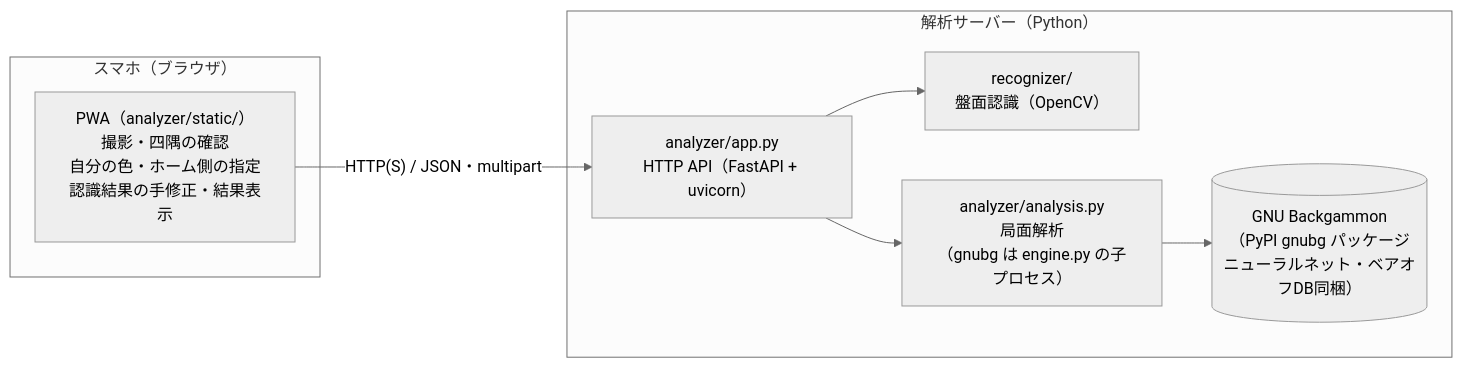
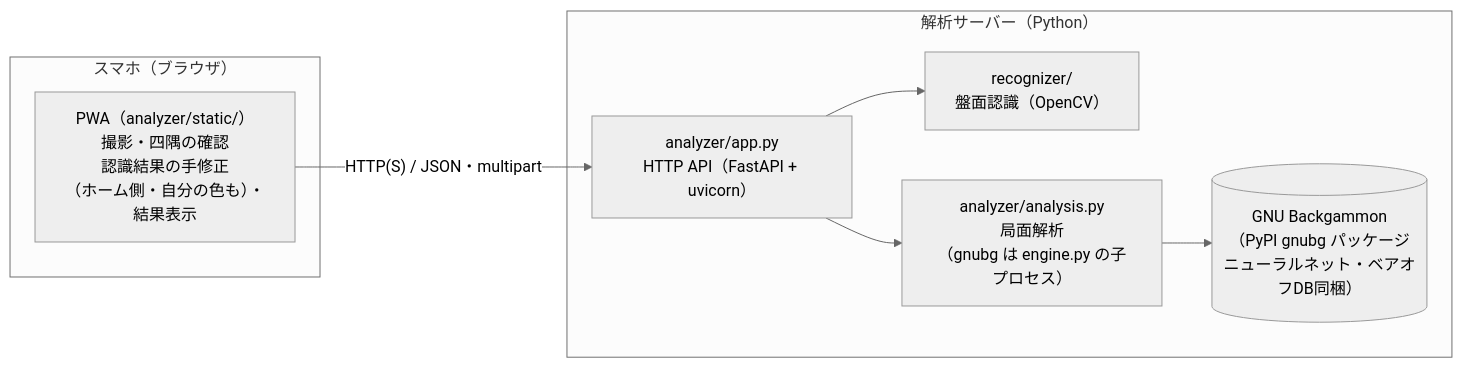
One commit to ytani01/bganalyzer changed the first of 5 diagrams in README.md. Above: the diagram before and after it, drawn with Mermaid (neutral theme). The commit also changed 10 other files, not shown here.

First line of the commit message:
feat(analyzer): 解析の設定とホーム・手前の色を盤面図のタップで直す（TODO-113）

````diff
--- a/README.md
+++ b/README.md
@@ -13,18 +13,18 @@
 ```mermaid
 flowchart LR
     subgraph phone["スマホ（ブラウザ）"]
-        pwa["PWA（analyzer/static/）<br/>撮影・四隅の確認<br/>自分の色・ホーム側の指定<br/>認識結果の手修正・結果表示"]
+        pwa["PWA（analyzer/static/）<br/>撮影・四隅の確認<br/>認識結果の手修正<br/>（ホーム側・自分の色も）・結果表示"]
     end
 
     subgraph server["解析サーバー（Python）"]
         api["analyzer/app.py<br/>HTTP API（FastAPI + uvicorn）"]
         rec["recognizer/<br/>盤面認識（OpenCV）"]
         ana["analyzer/analysis.py<br/>局面解析<br/>（gnubg は engine.py の子プロセス）"]
         gnubg[("GNU Backgammon<br/>（PyPI gnubg パッケージ<br/>ニューラルネット・ベアオフDB同梱）")]
         api --> rec
         api --> ana
         ana --> gnubg
     end
 
     pwa -- "HTTP(S) / JSON・multipart" --> api
 ```
````
